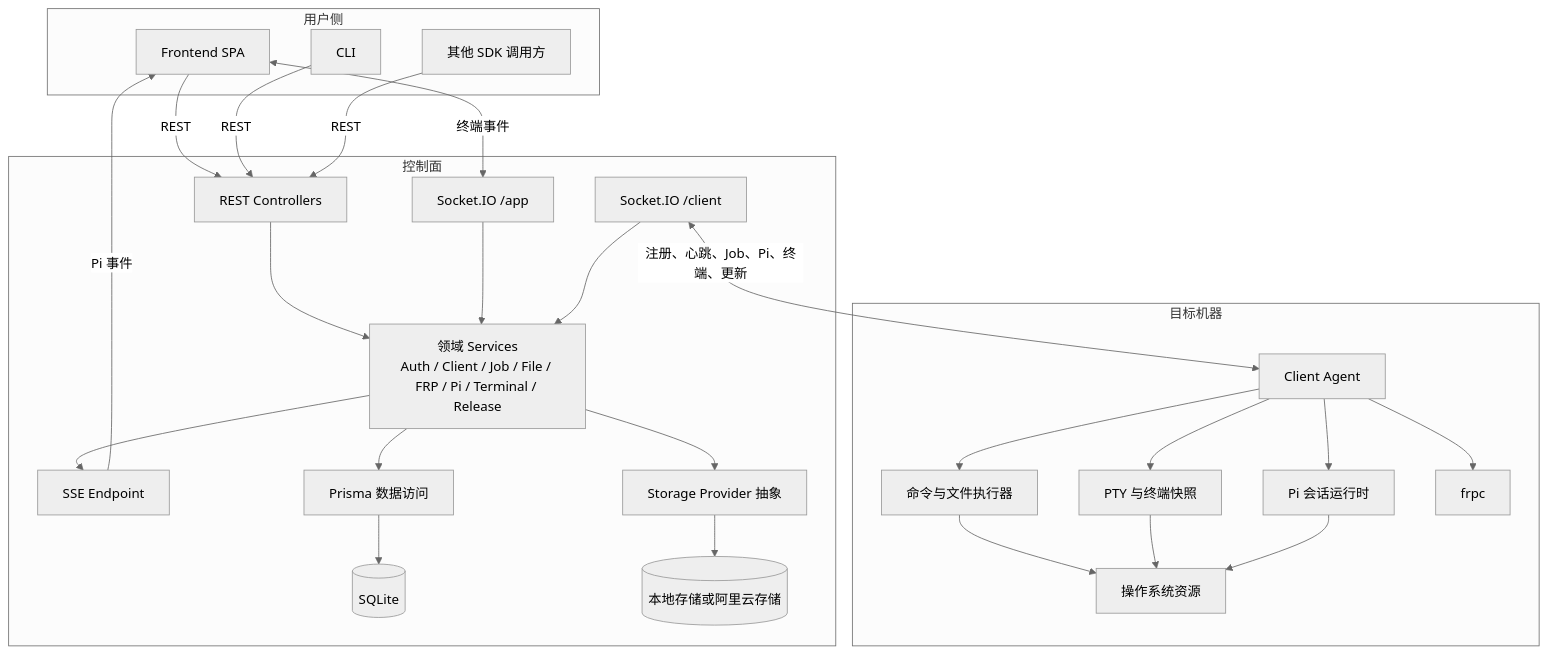
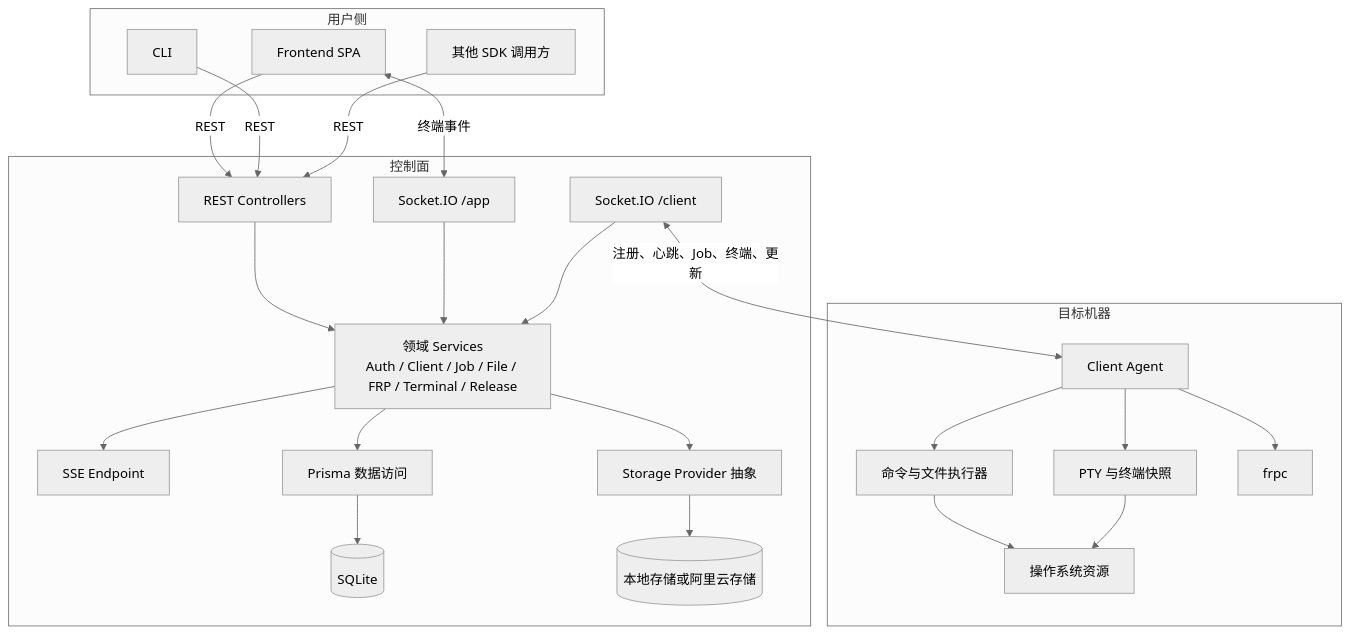
One commit to xuzhen97/VCPDeck changed the second of 8 diagrams in docs/architecture.md. Above: the diagram before and after it, drawn with Mermaid (neutral theme). The commit also changed other lines of this file and 399 other files, not shown here.

````diff
--- a/docs/architecture.md
+++ b/docs/architecture.md
@@ -71,53 +70,49 @@
 ```mermaid
 flowchart TB
     subgraph UserSide[用户侧]
         Browser[Frontend SPA]
         Cli[CLI]
         SdkUser[其他 SDK 调用方]
     end
 
     subgraph ControlPlane[控制面]
         Http[REST Controllers]
         AppWs[Socket.IO /app]
         ClientWs[Socket.IO /client]
         Sse[SSE Endpoint]
-        Services[领域 Services<br/>Auth / Client / Job / File / FRP / Pi / Terminal / Release]
+        Services[领域 Services<br/>Auth / Client / Job / File / FRP / Terminal / Release]
         Prisma[Prisma 数据访问]
         StorageSvc[Storage Provider 抽象]
         Db[(SQLite)]
         FileStore[(本地存储或阿里云存储)]
     end
 
     subgraph RemoteNode[目标机器]
         Client[Client Agent]
         Executor[命令与文件执行器]
         Terminal[PTY 与终端快照]
-        PiRuntime[Pi 会话运行时]
         Frpc[frpc]
         Os[操作系统资源]
     end
 
     Browser -->|REST| Http
     Browser <-->|终端事件| AppWs
-    Sse -->|Pi 事件| Browser
     Cli -->|REST| Http
     SdkUser -->|REST| Http
 
     Http --> Services
     AppWs --> Services
     ClientWs --> Services
     Services --> Sse
     Services --> Prisma
     Services --> StorageSvc
     Prisma --> Db
     StorageSvc --> FileStore
 
-    ClientWs <-->|注册、心跳、Job、Pi、终端、更新| Client
+    ClientWs <-->|注册、心跳、Job、终端、更新| Client
     Client --> Executor
     Client --> Terminal
-    Client --> PiRuntime
     Client --> Frpc
     Executor --> Os
     Terminal --> Os
-    PiRuntime --> Os
 ```
````
